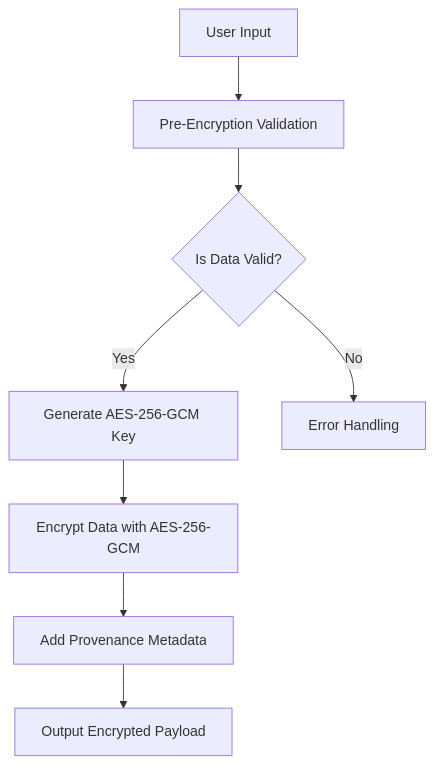
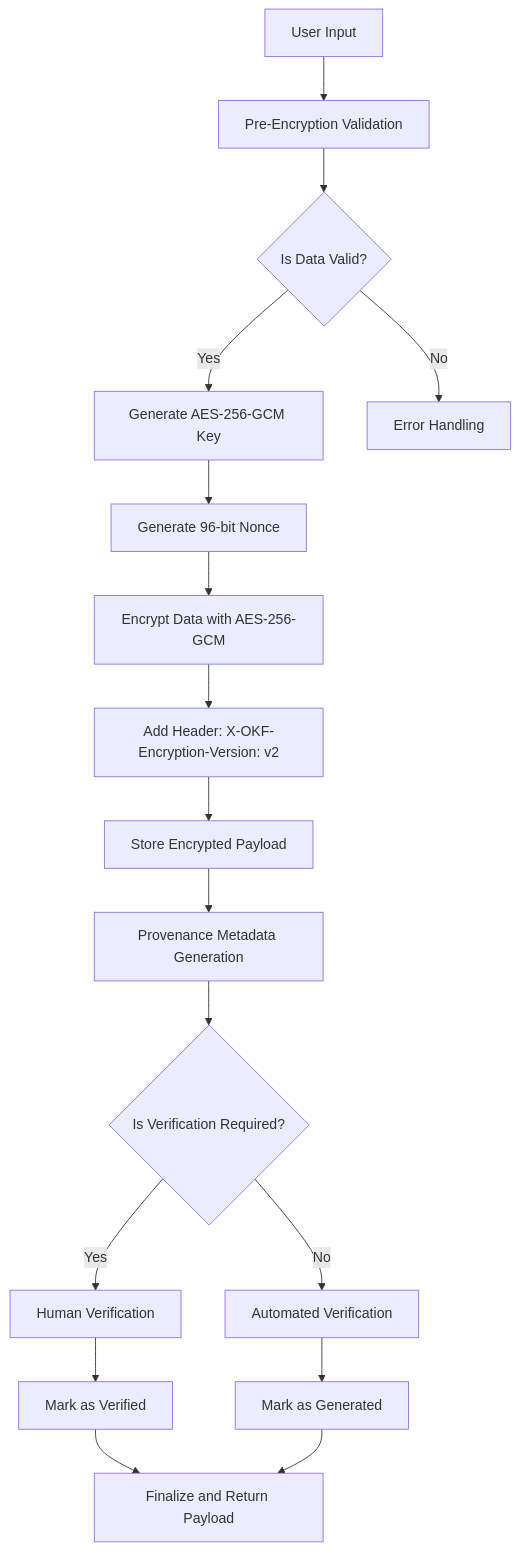
Before and after one commit to passwordand/okf-agent-memory-cn: the second of 2 diagrams in benchmarks/results/BENCHMARK_RESULTS_DMAA_lmstudio_qwen_qwen2.5-coder-14b.md, drawn with Mermaid. The commit also changed other lines of this file and 71 other files, not shown here.

````diff
--- a/benchmarks/results/BENCHMARK_RESULTS_DMAA_lmstudio_qwen_qwen2.5-coder-14b.md
+++ b/benchmarks/results/BENCHMARK_RESULTS_DMAA_lmstudio_qwen_qwen2.5-coder-14b.md
@@ -138,10 +151,19 @@
 ```mermaid
 graph TD
     A[User Input] --> B[Pre-Encryption Validation]
     B --> C{Is Data Valid?}
     C -- Yes --> D[Generate AES-256-GCM Key]
     C -- No --> E[Error Handling]
-    D --> F[Encrypt Data with AES-256-GCM]
-    F --> G[Add Provenance Metadata]
-    G --> H[Output Encrypted Payload]
+    D --> F[Generate 96-bit Nonce]
+    F --> G[Encrypt Data with AES-256-GCM]
+    G --> H["Add Header: X-OKF-Encryption-Version: v2"]
+    H --> I[Store Encrypted Payload]
+    I --> J[Provenance Metadata Generation]
+    J --> K{Is Verification Required?}
+    K -- Yes --> L[Human Verification]
+    K -- No --> M[Automated Verification]
+    L --> N[Mark as Verified]
+    M --> O[Mark as Generated]
+    N --> P[Finalize and Return Payload]
+    O --> P
 ```
````
